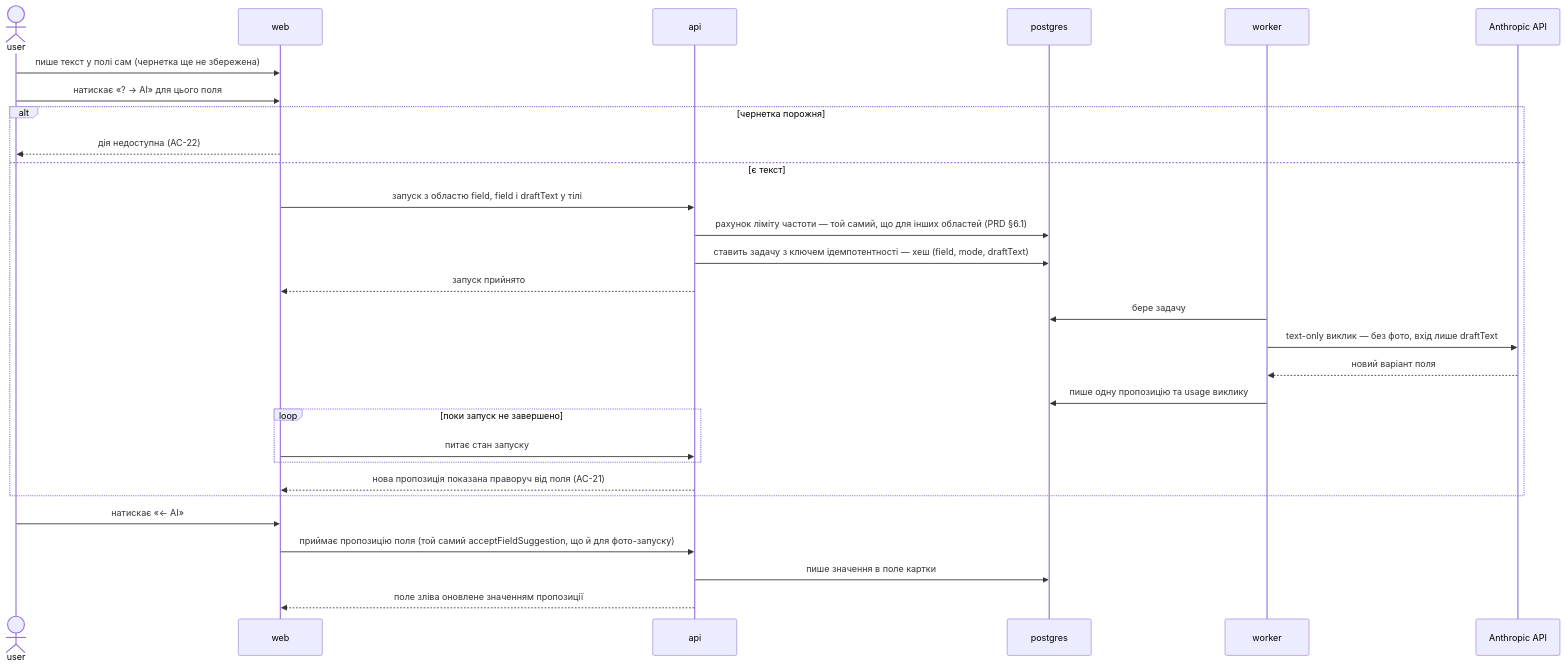
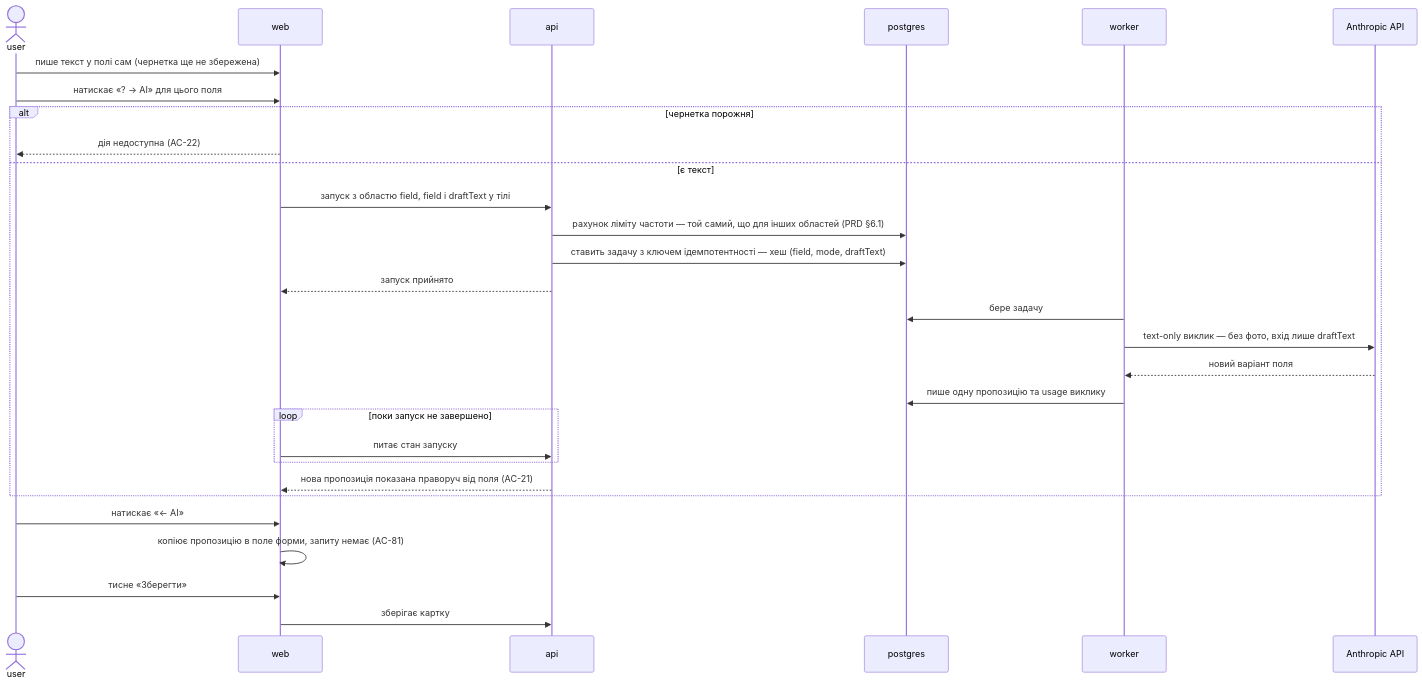
Diagram 12 of 12 in docs/features/product-creation-flow/sad.md (sergy-litkovskiy/mouse-springconsult), drawn with Mermaid before and after one commit. The commit also changed other lines of this file and 27 other files, not shown here.

First line of the commit message:
docs(product-creation-flow): keep one latest suggestion per field

````diff
--- a/docs/features/product-creation-flow/sad.md
+++ b/docs/features/product-creation-flow/sad.md
@@ -773,32 +775,32 @@
 ```mermaid
 sequenceDiagram
     actor user
     participant web
     participant api
     participant pg as postgres
     participant worker
     participant anthropic as Anthropic API
 
     user->>web: пише текст у полі сам (чернетка ще не збережена)
     user->>web: натискає «? -> AI» для цього поля
     alt чернетка порожня
         web-->>user: дія недоступна (AC-22)
     else є текст
         web->>api: запуск з областю field, field і draftText у тілі
         api->>pg: рахунок ліміту частоти — той самий, що для інших областей (PRD §6.1)
         api->>pg: ставить задачу з ключем ідемпотентності — хеш (field, mode, draftText)
         api-->>web: запуск прийнято
         worker->>pg: бере задачу
         worker->>anthropic: text-only виклик — без фото, вхід лише draftText
         anthropic-->>worker: новий варіант поля
         worker->>pg: пише одну пропозицію та usage виклику
         loop поки запуск не завершено
             web->>api: питає стан запуску
         end
         api-->>web: нова пропозиція показана праворуч від поля (AC-21)
     end
     user->>web: натискає «<- AI»
-    web->>api: приймає пропозицію поля (той самий acceptFieldSuggestion, що й для фото-запуску)
-    api->>pg: пише значення в поле картки
-    api-->>web: поле зліва оновлене значенням пропозиції
+    web->>web: копіює пропозицію в поле форми, запиту немає (AC-81)
+    user->>web: тисне «Зберегти»
+    web->>api: зберігає картку
 ```
````
